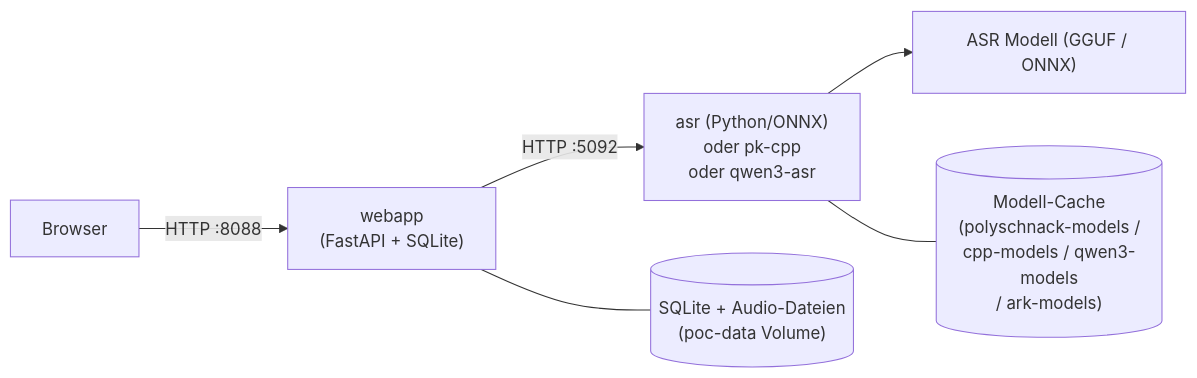
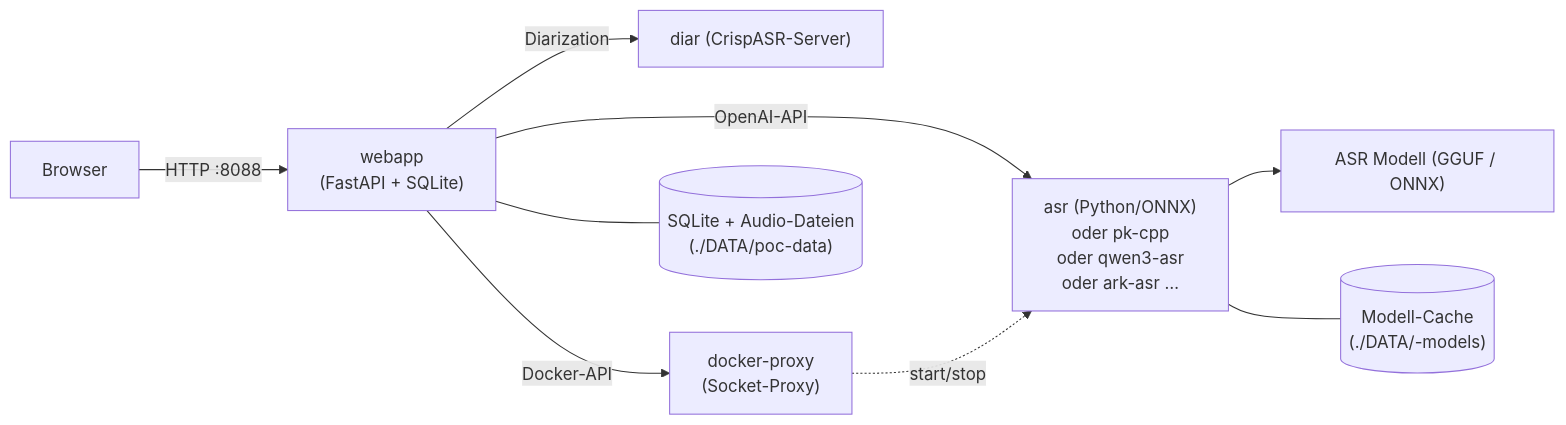
Before and after one commit to tilllt/polyschnack-asr: the diagram in README.md, drawn with Mermaid. The commit also changed other lines of this file and 4 other files, not shown here.

````diff
--- a/README.md
+++ b/README.md
@@ -392,8 +416,11 @@
 ```mermaid
 graph LR
     Browser -->|HTTP :8088| webapp["webapp<br/>(FastAPI + SQLite)"]
-    webapp -->|HTTP :5092| asr["asr (Python/ONNX)<br/>oder pk-cpp<br/>oder qwen3-asr"]
+    webapp -->|OpenAI-API| asr["asr (Python/ONNX)<br/>oder pk-cpp<br/>oder qwen3-asr<br/>oder ark-asr …"]
+    webapp -->|Diarization| diar["diar (CrispASR-Server)"]
+    webapp -->|Docker-API| proxy["docker-proxy<br/>(Socket-Proxy)"]
+    proxy -.start/stop.-> asr
     asr --> model["ASR Modell (GGUF / ONNX)"]
-    webapp --- db[("SQLite + Audio-Dateien<br/>(poc-data Volume)")]
-    asr --- mcache[("Modell-Cache<br/>(polyschnack-models /<br/>cpp-models / qwen3-models<br/>/ ark-models)")]
+    webapp --- db[("SQLite + Audio-Dateien<br/>(./DATA/poc-data)")]
+    asr --- mcache[("Modell-Cache<br/>(./DATA/<name>-models)")]
 ```
````
